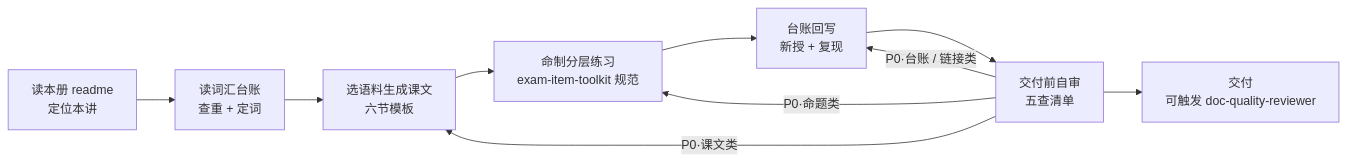
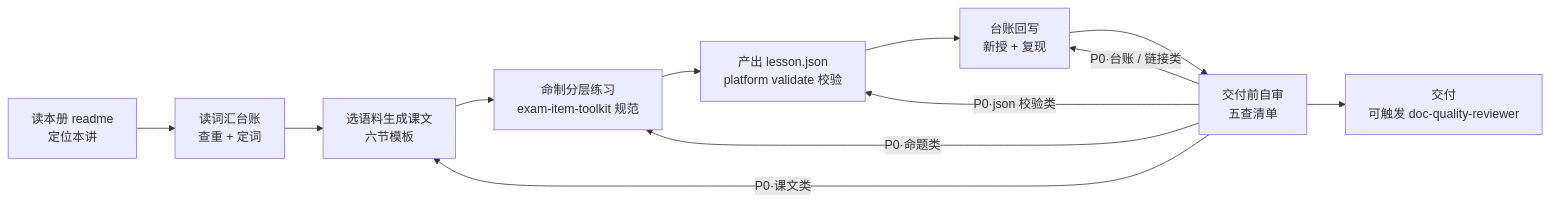
One commit to belos-street/kb-vault changed the diagram in .agents/skills/english-lesson-crafter/SKILL.md. Above: the diagram before and after it, drawn with Mermaid. The commit also changed other lines of this file and 46 other files, not shown here.

````diff
--- a/.agents/skills/english-lesson-crafter/SKILL.md
+++ b/.agents/skills/english-lesson-crafter/SKILL.md
@@ -31,12 +32,14 @@
 ```mermaid
 flowchart LR
     A["读本册 readme<br/>定位本讲"] --> B["读词汇台账<br/>查重 + 定词"]
     B --> C["选语料生成课文<br/>六节模板"]
     C --> D["命制分层练习<br/>exam-item-toolkit 规范"]
-    D --> E["台账回写<br/>新授 + 复现"]
+    D --> D2["产出 lesson.json<br/>platform validate 校验"]
+    D2 --> E["台账回写<br/>新授 + 复现"]
     E --> F["交付前自审<br/>五查清单"]
     F -->|"P0·课文类"| C
     F -->|"P0·命题类"| D
+    F -->|"P0·json 校验类"| D2
     F -->|"P0·台账 / 链接类"| E
     F --> G["交付<br/>可触发 doc-quality-reviewer"]
 ```
````
